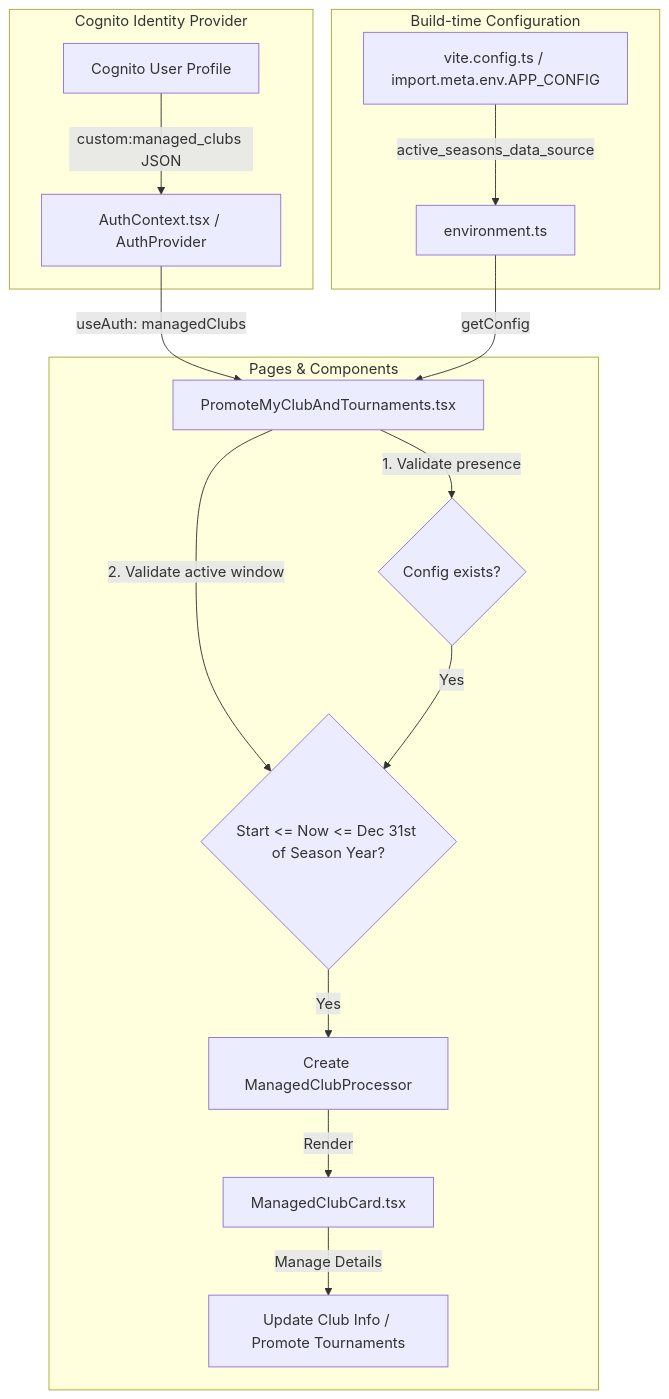
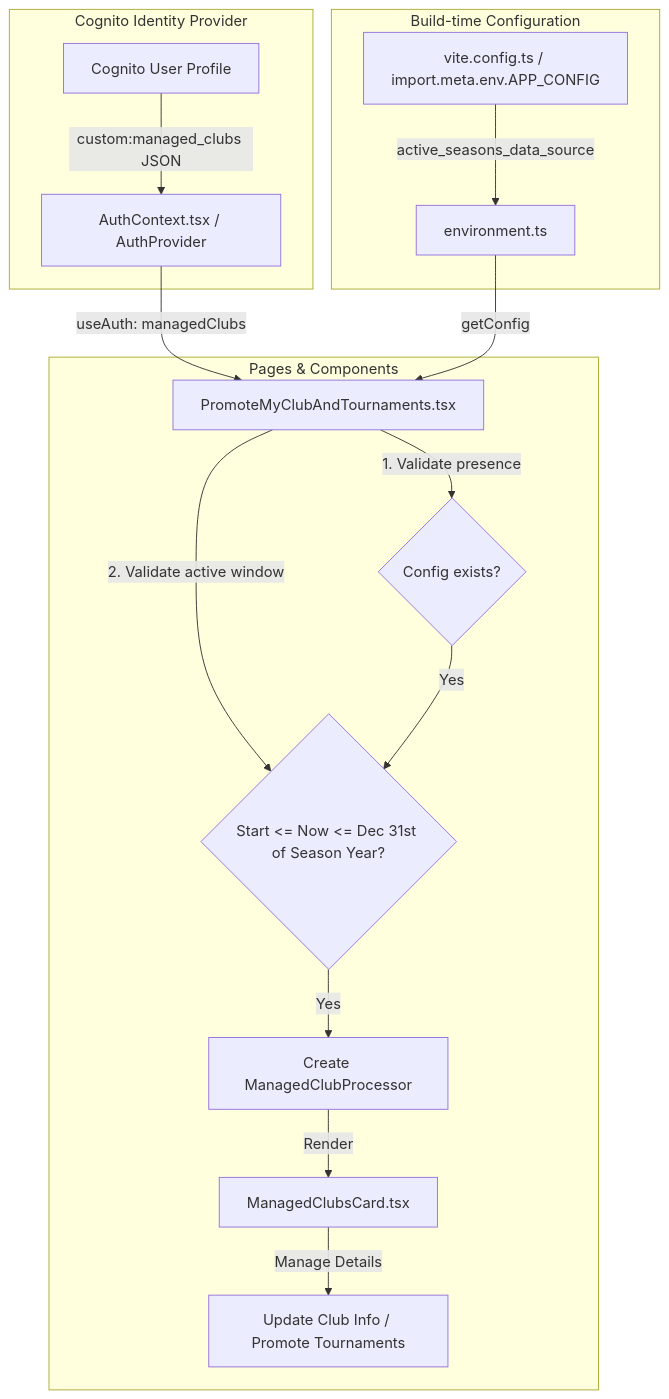
Before and after one commit to lucaminudel/TTLeaguePlayers: the diagram in prompts/codebase_info/FrontendActivelyManagedClubsDomainLogic.md, drawn with Mermaid. The commit also changed other lines of this file, not shown here.

````diff
--- a/prompts/codebase_info/FrontendActivelyManagedClubsDomainLogic.md
+++ b/prompts/codebase_info/FrontendActivelyManagedClubsDomainLogic.md
@@ -130,24 +136,24 @@
 ```mermaid
 graph TD
     subgraph Cognito Identity Provider
         C[Cognito User Profile] -->|custom:managed_clubs JSON| ACP[AuthContext.tsx / AuthProvider]
     end
 
     subgraph Build-time Configuration
         BC[vite.config.ts / import.meta.env.APP_CONFIG] -->|active_seasons_data_source| ENV[environment.ts]
     end
 
     subgraph Pages & Components
         ACP -->|useAuth: managedClubs| PM[PromoteMyClubAndTournaments.tsx]
         ENV -->|getConfig| PM
         
         PM -->|1. Validate presence| V1{Config exists?}
         PM -->|2. Validate active window| V2{Start <= Now <= Dec 31st of Season Year?}
         
         V1 -->|Yes| V2
         V2 -->|Yes| P[Create ManagedClubProcessor]
         
-        P -->|Render| MCC[ManagedClubCard.tsx]
+        P -->|Render| MCC[ManagedClubsCard.tsx]
         MCC -->|Manage Details| MD[Update Club Info / Promote Tournaments]
     end
 ```
````
